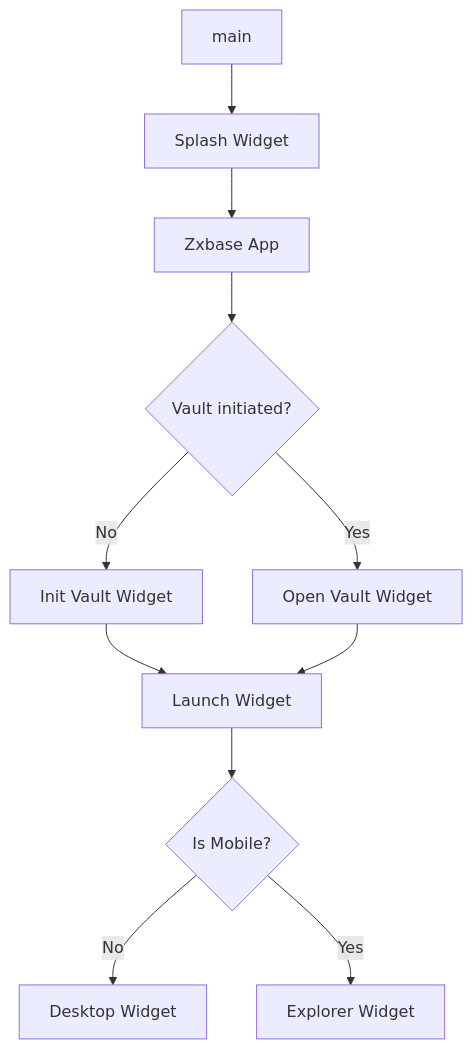
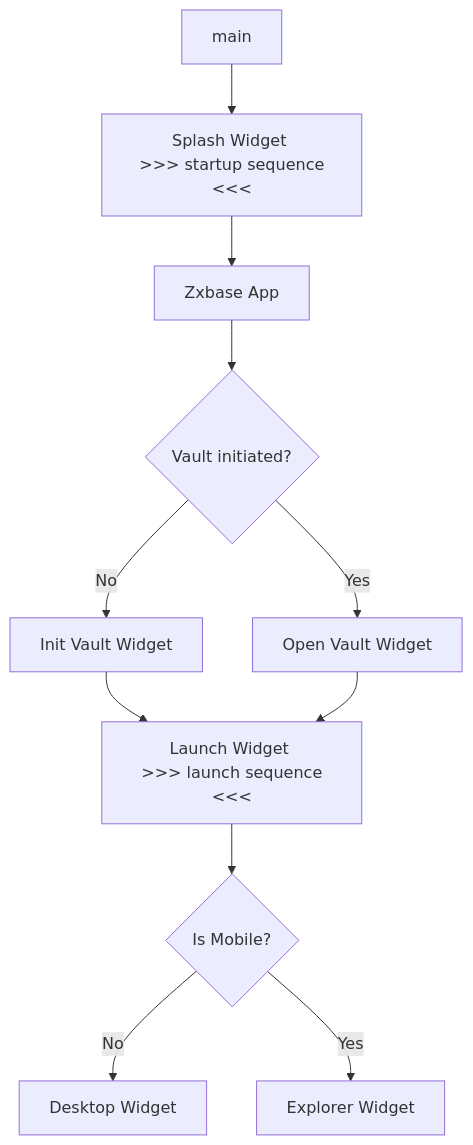
The diagram in diagrams.md (zxbase/zxbase_app), drawn with Mermaid before and after one commit. The commit also changed other lines of this file, not shown here.

````diff
--- a/diagrams.md
+++ b/diagrams.md
@@ -4,13 +4,13 @@
 ```mermaid
   graph TD;
-      A[main] --> A1[Splash Widget];
+      A[main] --> A1["Splash Widget <br/> >>> startup sequence <<<"];
       A1 --> A2[Zxbase App];
       A2 --> B{Vault initiated?};
       B -- No --> C;
       B -- Yes --> D;
       C[Init Vault Widget] --> E;
-      D[Open Vault Widget] --> E;
-      E[Launch Widget] --> F{Is Mobile?};
+      D[Open Vault Widget] --> E["Launch Widget <br/> >>> launch sequence <<<"];
+      E --> F{Is Mobile?};
       F -- No --> G[Desktop Widget];
       F -- Yes --> H[Explorer Widget];
 ```
````
